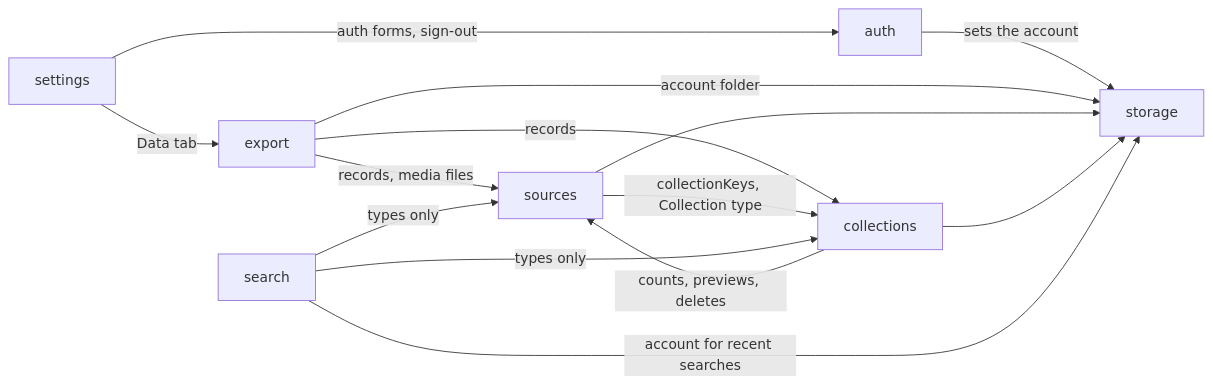
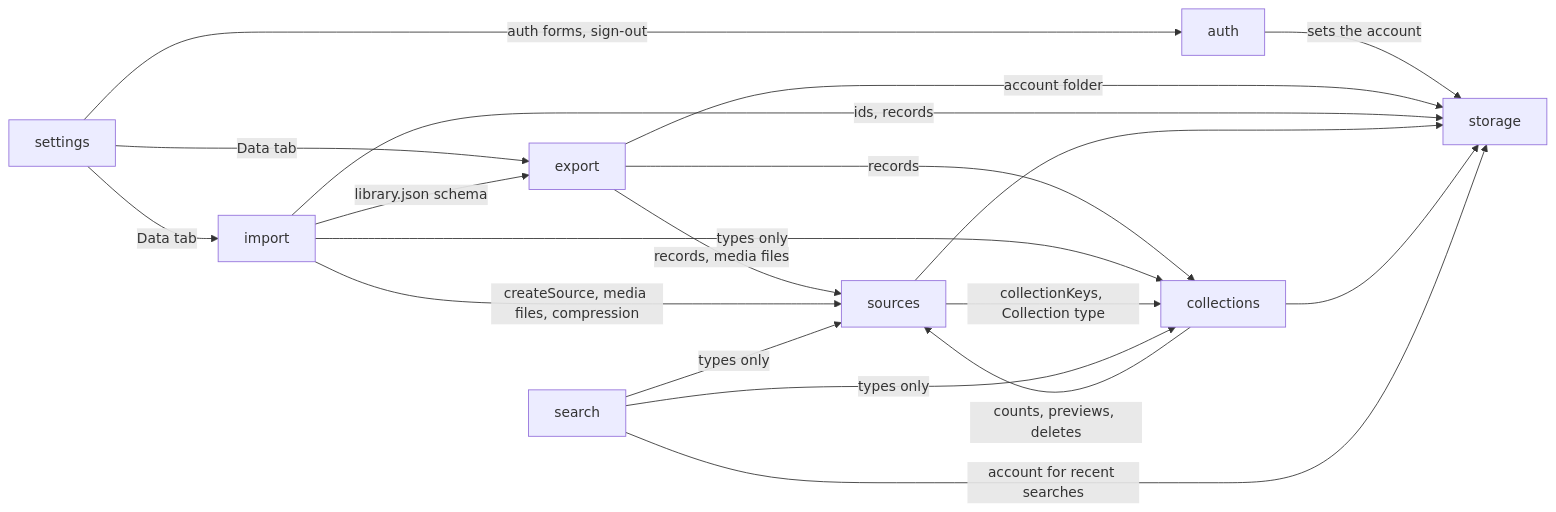
One commit to kun1225/mado changed the diagram in apps/web/ARCHITECTURE.md. Above: the diagram before and after it, drawn with Mermaid. The commit also changed other lines of this file and 19 other files, not shown here.

First line of the commit message:
feat: import a folder from settings

````diff
--- a/apps/web/ARCHITECTURE.md
+++ b/apps/web/ARCHITECTURE.md
@@ -25,16 +25,21 @@
 ```mermaid
 graph LR
   auth -->|sets the account| storage
   settings -->|auth forms, sign-out| auth
   settings -->|Data tab| export
+  settings -->|Data tab| import
   export -->|records, media files| sources
   export -->|records| collections
   export -->|account folder| storage
+  import -->|library.json schema| export
+  import -->|createSource, media files, compression| sources
+  import -->|types only| collections
+  import -->|ids, records| storage
   sources --> storage
   collections --> storage
   sources -->|collectionKeys, Collection type| collections
   collections -->|counts, previews, deletes| sources
   search -->|types only| collections
   search -->|types only| sources
   search -->|account for recent searches| storage
 ```
````
